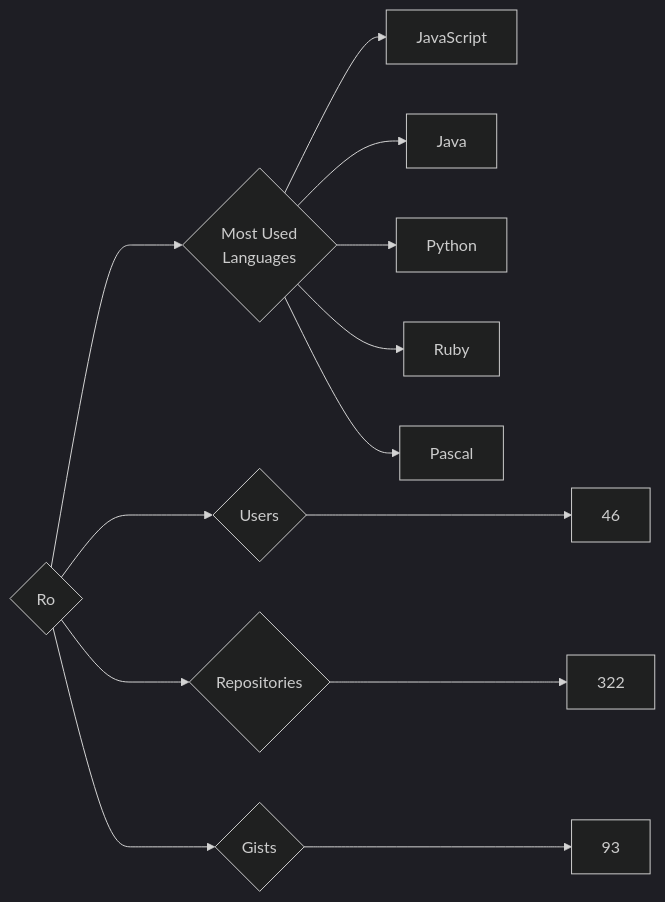
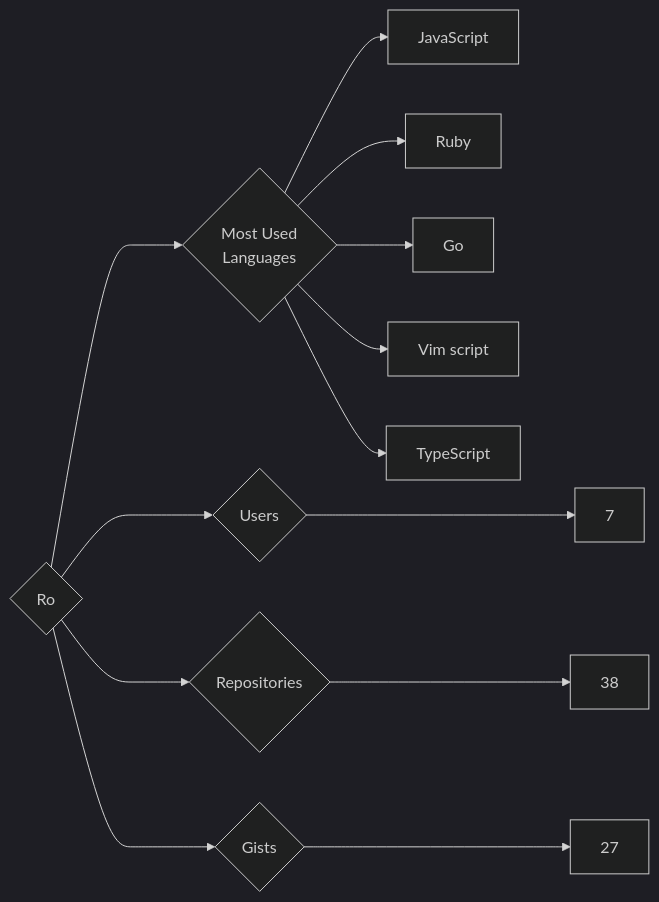
The diagram in targets/Ro/README.md (trickest/insiders), drawn with Mermaid (dark theme) before and after one commit. The commit also changed 948 other files, not shown here.

````diff
--- a/targets/Ro/README.md
+++ b/targets/Ro/README.md
@@ -3,13 +3,13 @@
 ```mermaid
 graph LR
 COMPANY_NAME{Ro}
-COMPANY_NAME ---> U{Users} ---> UN[46]
-COMPANY_NAME ---> R{Repositories} ---> RN[322]
-COMPANY_NAME ---> G{Gists} ---> GN[93]
+COMPANY_NAME ---> U{Users} ---> UN[7]
+COMPANY_NAME ---> R{Repositories} ---> RN[38]
+COMPANY_NAME ---> G{Gists} ---> GN[27]
 COMPANY_NAME ---> ML{Most Used<br>Languages}
 ML --> JavaScript[JavaScript]
-ML --> Java[Java]
-ML --> Python[Python]
 ML --> Ruby[Ruby]
-ML --> Pascal[Pascal]
+ML --> Go[Go]
+ML --> Vim_script[Vim script]
+ML --> TypeScript[TypeScript]
 ```
````
